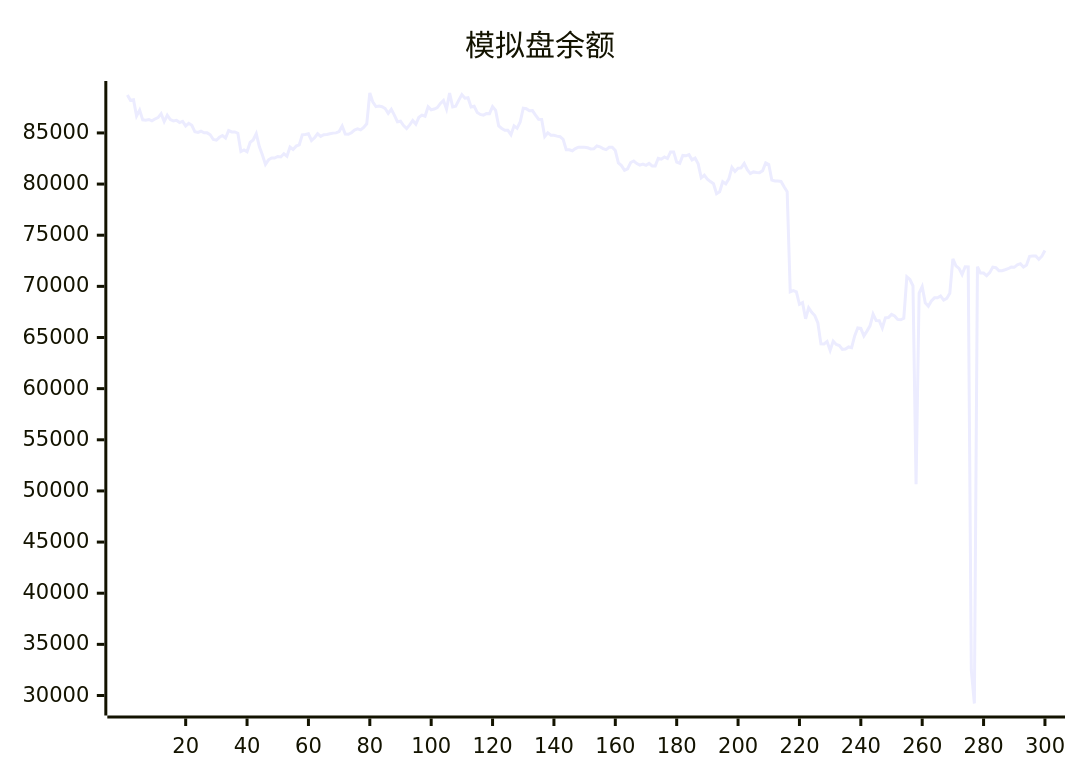
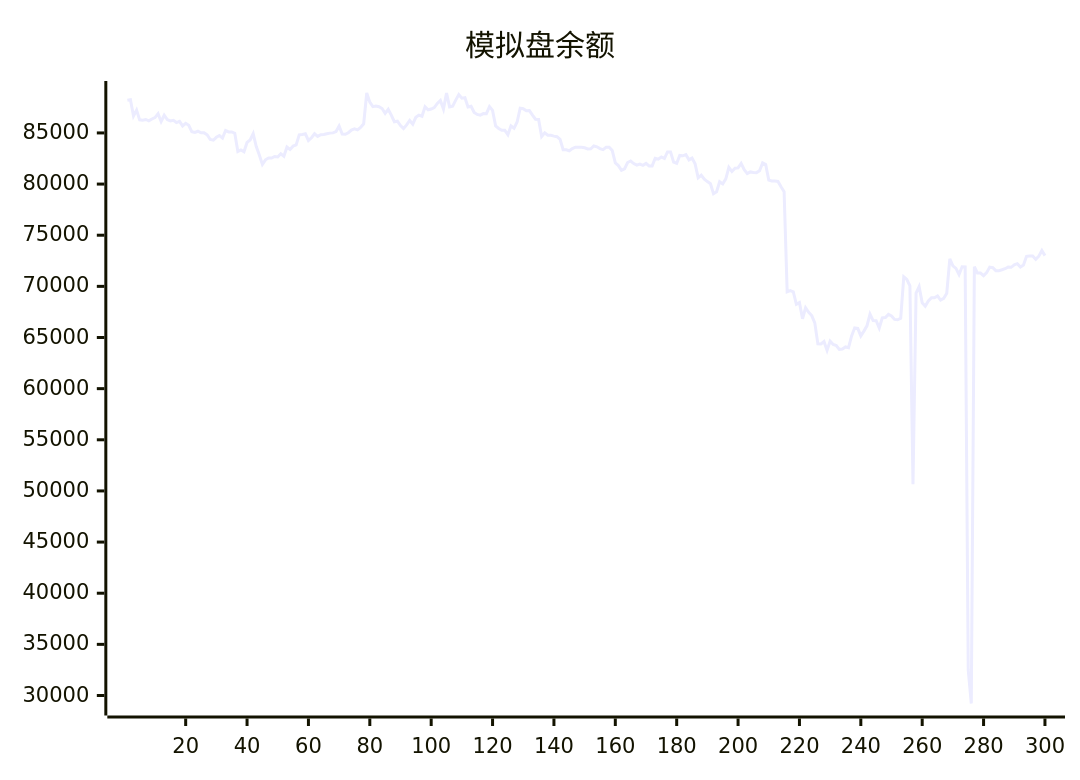
One commit to aahl/ai-trading changed the diagram in README.md. Above: the diagram before and after it, drawn with Mermaid. The commit also changed other lines of this file and 1 other file, not shown here.

````diff
--- a/README.md
+++ b/README.md
@@ -5,5 +5,5 @@
 ```mermaid
 xychart
     title "模拟盘余额"
-    line [88705,88189,88248,86662,87234,86279,86251,86314,86177,86364,86503,86886,86114,86731,86310,86176,86240,86017,86136,85685,85938,85749,85111,85044,85164,85016,85008,84824,84354,84287,84572,84745,84500,85234,85096,85095,84970,83180,83338,83157,84070,84309,84922,83667,82850,81924,82369,82552,82539,82695,82648,82962,82728,83619,83378,83710,83825,84819,84854,84917,84265,84527,84919,84668,84834,84850,84916,84981,85004,85131,85674,84891,84864,85019,85284,85393,85294,85538,85894,88904,88012,87567,87625,87568,87386,86920,87313,86737,86094,86143,85725,85437,85787,86219,85859,86526,86740,86630,87563,87264,87335,87483,87886,88180,87335,88894,87544,87608,88207,88755,88401,88444,87543,87608,87000,86810,86740,86894,86884,87576,87209,85686,85435,85251,85255,84820,85689,85453,86066,87420,87373,87161,87178,86740,86341,86315,84643,85012,84772,84768,84690,84635,84376,83360,83357,83259,83474,83608,83606,83602,83548,83440,83454,83724,83644,83464,83365,83590,83592,83275,82072,81806,81344,81492,82109,82254,82006,81848,81955,81829,82022,81769,81776,82522,82441,82656,82498,83144,83144,82150,82038,82797,82763,82872,82367,82536,81981,80612,80862,80484,80242,80034,79063,79245,80226,80016,80507,81625,81233,81544,81578,82016,81401,81019,81186,81130,81118,81306,82066,81909,80392,80304,80291,80258,79729,79261,69466,69579,69456,68251,68415,66832,67911,67462,67144,66432,64380,64375,64606,63740,64647,64324,64216,63842,63877,64078,64008,65156,65945,65888,65157,65625,66144,67284,66653,66639,65924,66925,66956,67263,67108,66766,66729,66886,70927,70673,70049,50652,69334,69973,68400,68061,68578,68876,68879,69055,68662,68822,69329,72687,71999,71760,71162,71911,71896,32500,29218,71927,71297,71305,71044,71337,71883,71822,71536,71536,71622,71723,71880,71860,72100,72216,71887,72077,72940,72976,72966,72638,72948,73497]
+    line [88189,88248,86662,87234,86279,86251,86314,86177,86364,86503,86886,86114,86731,86310,86176,86240,86017,86136,85685,85938,85749,85111,85044,85164,85016,85008,84824,84354,84287,84572,84745,84500,85234,85096,85095,84970,83180,83338,83157,84070,84309,84922,83667,82850,81924,82369,82552,82539,82695,82648,82962,82728,83619,83378,83710,83825,84819,84854,84917,84265,84527,84919,84668,84834,84850,84916,84981,85004,85131,85674,84891,84864,85019,85284,85393,85294,85538,85894,88904,88012,87567,87625,87568,87386,86920,87313,86737,86094,86143,85725,85437,85787,86219,85859,86526,86740,86630,87563,87264,87335,87483,87886,88180,87335,88894,87544,87608,88207,88755,88401,88444,87543,87608,87000,86810,86740,86894,86884,87576,87209,85686,85435,85251,85255,84820,85689,85453,86066,87420,87373,87161,87178,86740,86341,86315,84643,85012,84772,84768,84690,84635,84376,83360,83357,83259,83474,83608,83606,83602,83548,83440,83454,83724,83644,83464,83365,83590,83592,83275,82072,81806,81344,81492,82109,82254,82006,81848,81955,81829,82022,81769,81776,82522,82441,82656,82498,83144,83144,82150,82038,82797,82763,82872,82367,82536,81981,80612,80862,80484,80242,80034,79063,79245,80226,80016,80507,81625,81233,81544,81578,82016,81401,81019,81186,81130,81118,81306,82066,81909,80392,80304,80291,80258,79729,79261,69466,69579,69456,68251,68415,66832,67911,67462,67144,66432,64380,64375,64606,63740,64647,64324,64216,63842,63877,64078,64008,65156,65945,65888,65157,65625,66144,67284,66653,66639,65924,66925,66956,67263,67108,66766,66729,66886,70927,70673,70049,50652,69334,69973,68400,68061,68578,68876,68879,69055,68662,68822,69329,72687,71999,71760,71162,71911,71896,32500,29218,71927,71297,71305,71044,71337,71883,71822,71536,71536,71622,71723,71880,71860,72100,72216,71887,72077,72940,72976,72966,72638,72948,73497,73004]
 ```
````
